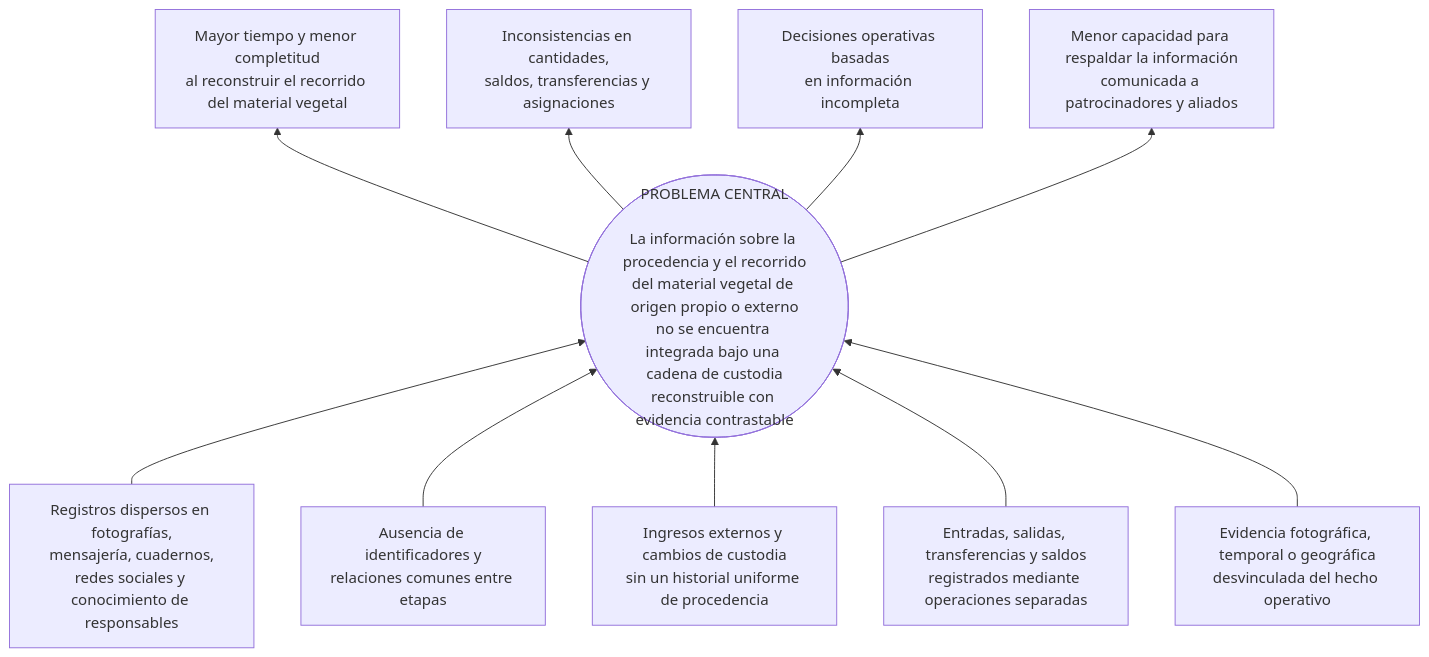
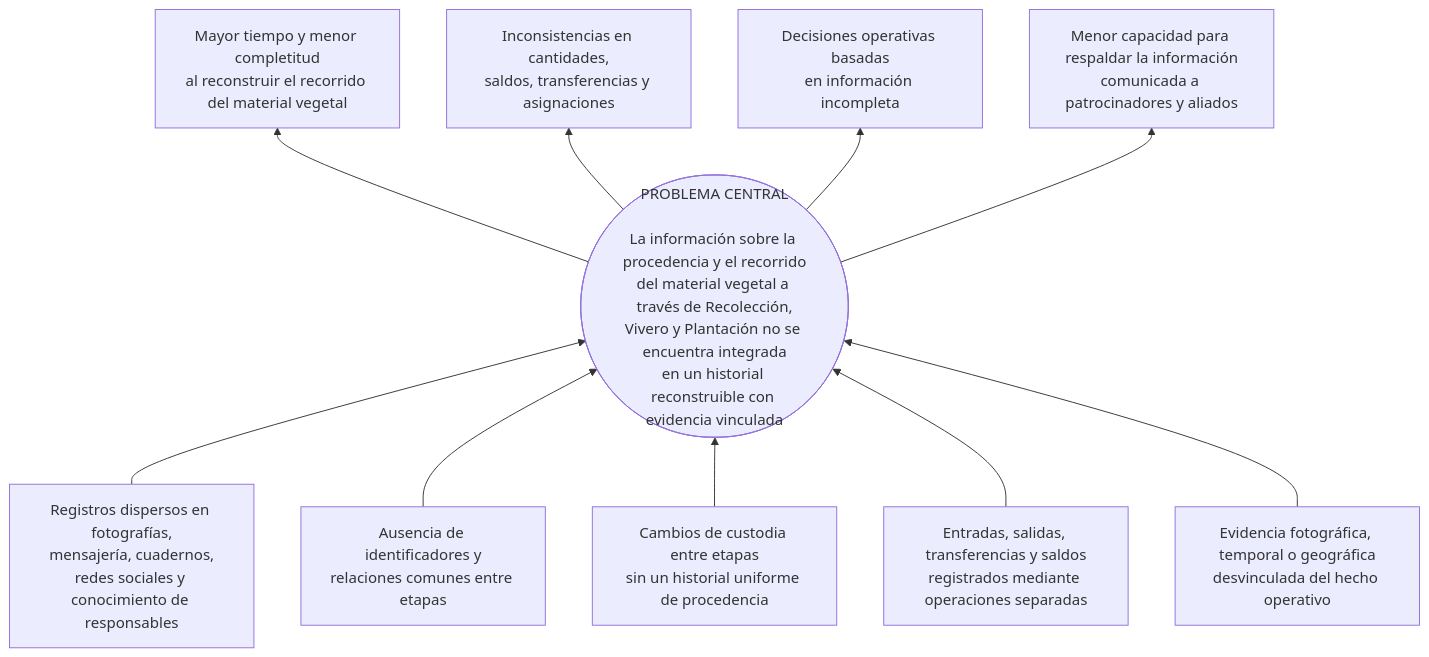
Before and after one commit to R3foresta/r3foresta-docs: the diagram in documentacion-grado/06_entregables/proyecto_grado/01_capitulo_marco_introductorio.md, drawn with Mermaid. The commit also changed other lines of this file and 11 other files, not shown here.

````diff
--- a/documentacion-grado/06_entregables/proyecto_grado/01_capitulo_marco_introductorio.md
+++ b/documentacion-grado/06_entregables/proyecto_grado/01_capitulo_marco_introductorio.md
@@ -84,25 +84,25 @@
 ```mermaid
 flowchart BT
     C1["Registros dispersos en fotografías,<br/>mensajería, cuadernos,<br/>redes sociales y conocimiento de responsables"]
     C2["Ausencia de identificadores y<br/>relaciones comunes entre etapas"]
-    C3["Ingresos externos y cambios de custodia<br/>sin un historial uniforme de procedencia"]
+    C3["Cambios de custodia entre etapas<br/>sin un historial uniforme de procedencia"]
     C4["Entradas, salidas, transferencias y saldos<br/>registrados mediante operaciones separadas"]
     C5["Evidencia fotográfica, temporal o geográfica<br/>desvinculada del hecho operativo"]
 
-    P(["PROBLEMA CENTRAL<br/><br/>La información sobre la procedencia y el recorrido<br/>del material vegetal de origen propio o externo<br/>no se encuentra integrada bajo una cadena de custodia<br/>reconstruible con evidencia contrastable"])
+    P(["PROBLEMA CENTRAL<br/><br/>La información sobre la procedencia y el recorrido<br/>del material vegetal a través de Recolección,<br/>Vivero y Plantación no se encuentra integrada<br/>en un historial reconstruible con evidencia vinculada"])
 
     E1["Mayor tiempo y menor completitud<br/>al reconstruir el recorrido del material vegetal"]
     E2["Inconsistencias en cantidades,<br/>saldos, transferencias y asignaciones"]
     E3["Decisiones operativas basadas<br/>en información incompleta"]
     E4["Menor capacidad para respaldar la información<br/>comunicada a patrocinadores y aliados"]
 
     C1 --> P
     C2 --> P
     C3 --> P
     C4 --> P
     C5 --> P
     P --> E1
     P --> E2
     P --> E3
     P --> E4
 ```
````
